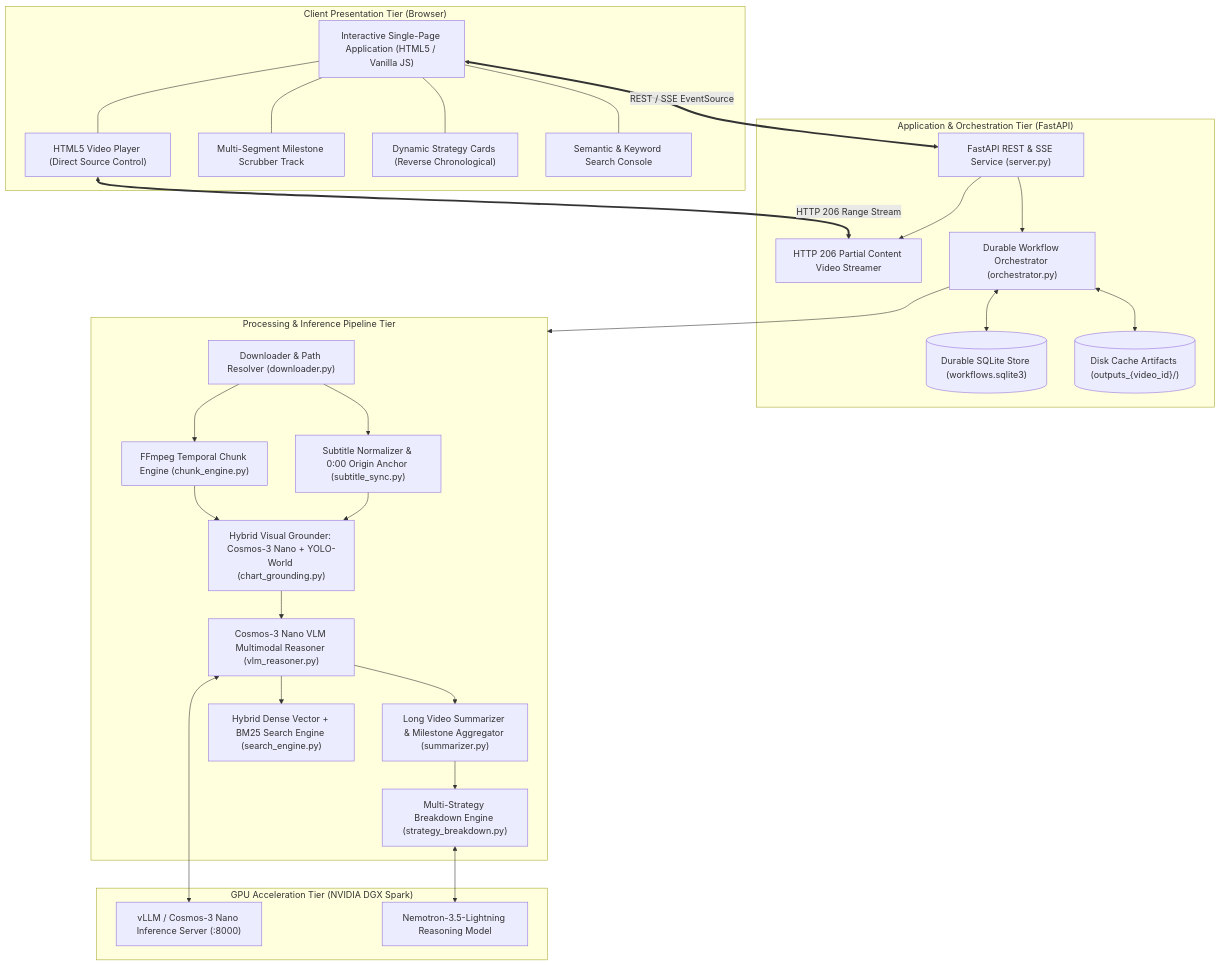
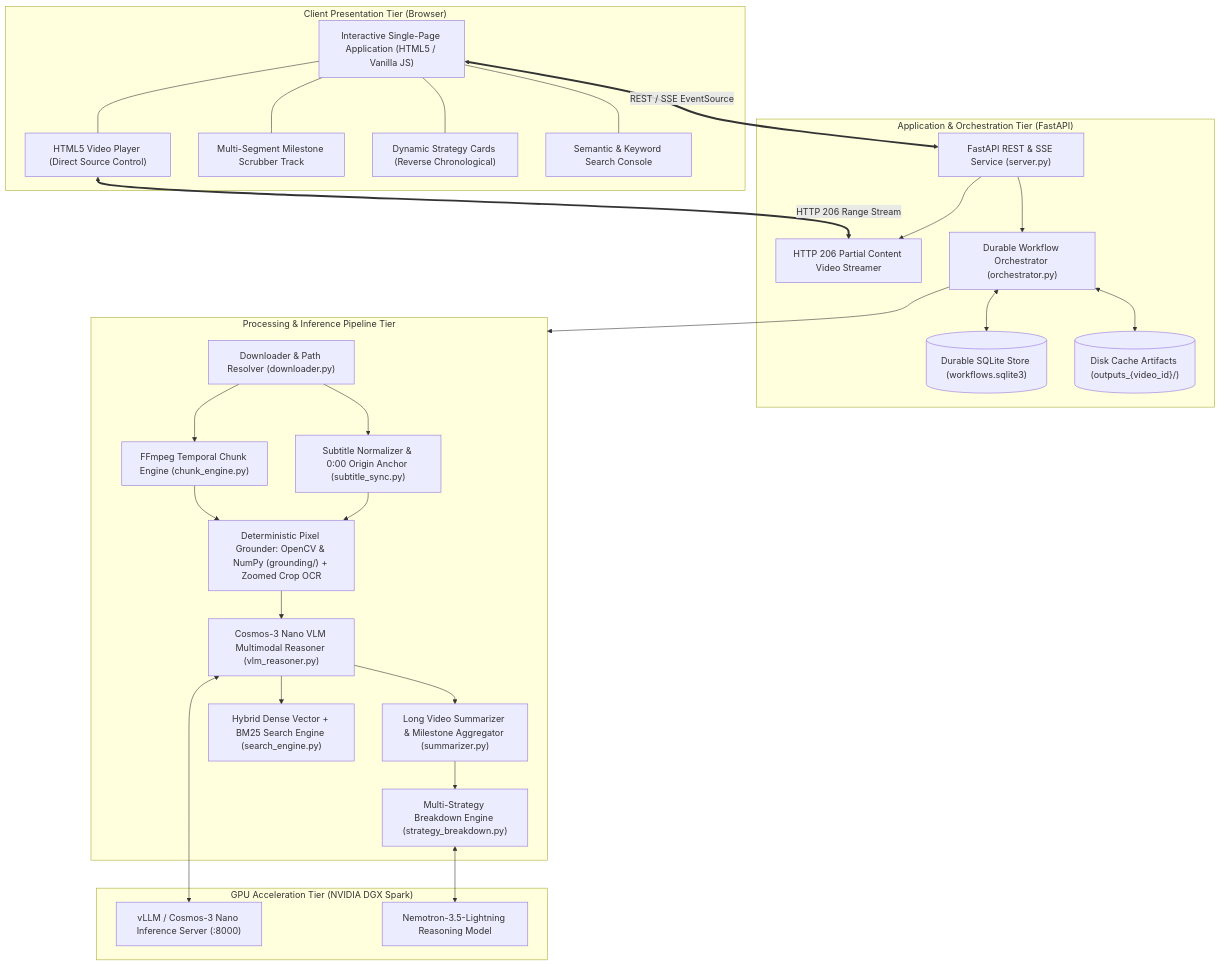
One commit to Apro123/trading-video-understanding changed the first of 2 diagrams in architecture.md. Above: the diagram before and after it, drawn with Mermaid. The commit also changed other lines of this file and 8 other files, not shown here.

Commit message:
docs: remove legacy yolo_world_service and update README and architecture specifications

````diff
--- a/architecture.md
+++ b/architecture.md
@@ -48,57 +48,57 @@
 ```mermaid
 flowchart TB
     subgraph Client ["Client Presentation Tier (Browser)"]
         UI["Interactive Single-Page Application (HTML5 / Vanilla JS)"]
         Player["HTML5 Video Player (Direct Source Control)"]
         Timeline["Multi-Segment Milestone Scrubber Track"]
         StratCards["Dynamic Strategy Cards (Reverse Chronological)"]
         SearchUI["Semantic & Keyword Search Console"]
         UI --- Player
         UI --- Timeline
         UI --- StratCards
         UI --- SearchUI
     end
 
     subgraph Server ["Application & Orchestration Tier (FastAPI)"]
         API["FastAPI REST & SSE Service (server.py)"]
         Streamer["HTTP 206 Partial Content Video Streamer"]
         Orchestrator["Durable Workflow Orchestrator (orchestrator.py)"]
         SQLite[("Durable SQLite Store (workflows.sqlite3)")]
         CacheStore[("Disk Cache Artifacts (outputs_{video_id}/)")]
         
         API --> Streamer
         API --> Orchestrator
         Orchestrator <--> SQLite
         Orchestrator <--> CacheStore
     end
 
     subgraph Pipeline ["Processing & Inference Pipeline Tier"]
         Downloader["Downloader & Path Resolver (downloader.py)"]
         SyncEngine["Subtitle Normalizer & 0:00 Origin Anchor (subtitle_sync.py)"]
         Chunker["FFmpeg Temporal Chunk Engine (chunk_engine.py)"]
-        Grounding["Hybrid Visual Grounder: Cosmos-3 Nano + YOLO-World (chart_grounding.py)"]
+        Grounding["Deterministic Pixel Grounder: OpenCV & NumPy (grounding/) + Zoomed Crop OCR"]
         VLM["Cosmos-3 Nano VLM Multimodal Reasoner (vlm_reasoner.py)"]
         LVS["Long Video Summarizer & Milestone Aggregator (summarizer.py)"]
         StratDecon["Multi-Strategy Breakdown Engine (strategy_breakdown.py)"]
         SearchEng["Hybrid Dense Vector + BM25 Search Engine (search_engine.py)"]
         
         Downloader --> Chunker
         Downloader --> SyncEngine
         SyncEngine & Chunker --> Grounding
         Grounding --> VLM
         VLM --> SearchEng
         VLM --> LVS
         LVS --> StratDecon
     end
 
     subgraph GPUHost ["GPU Acceleration Tier (NVIDIA DGX Spark)"]
         VLLM["vLLM / Cosmos-3 Nano Inference Server (:8000)"]
         Nemotron["Nemotron-3.5-Lightning Reasoning Model"]
     end
 
     Player <== "HTTP 206 Range Stream" ==> Streamer
     UI <== "REST / SSE EventSource" ==> API
     Orchestrator --> Pipeline
     VLM <--> VLLM
     StratDecon <--> Nemotron
 ```
````
